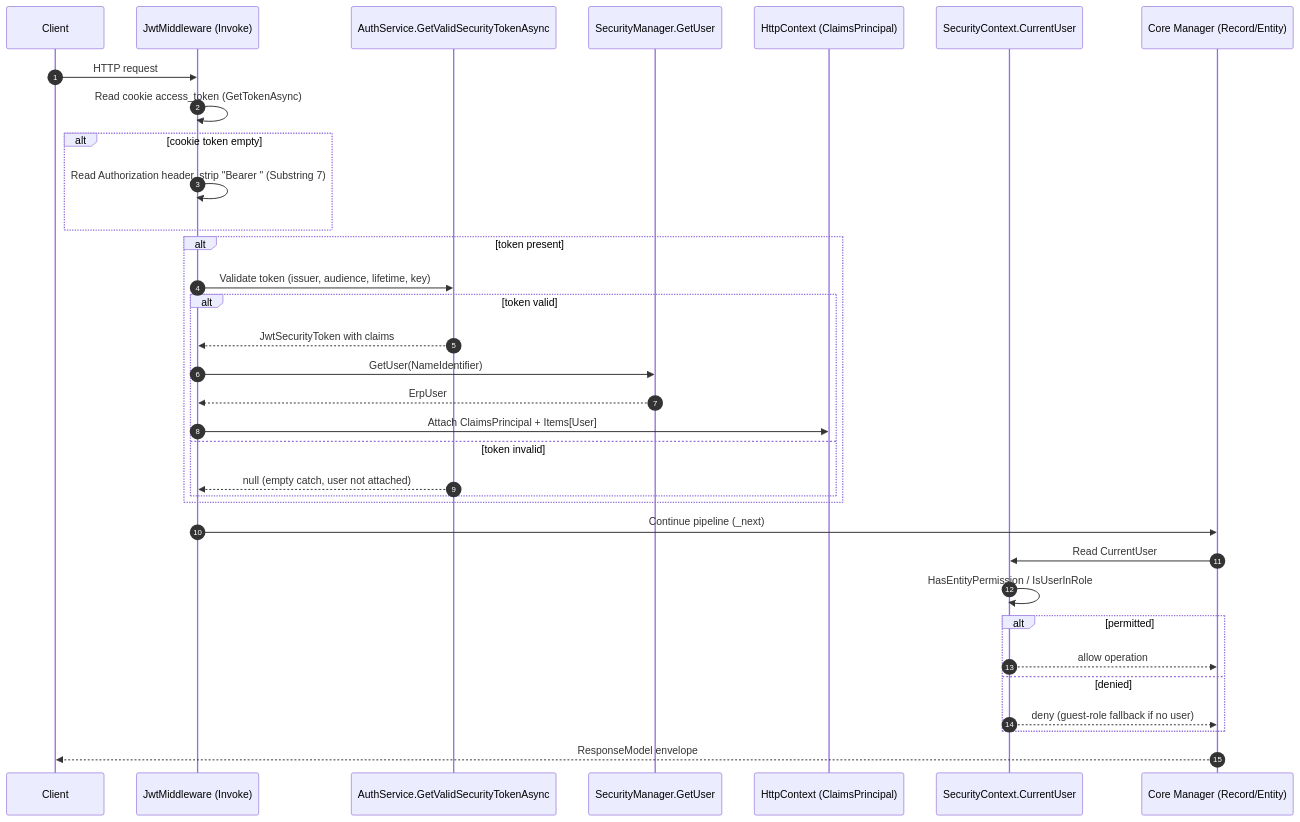
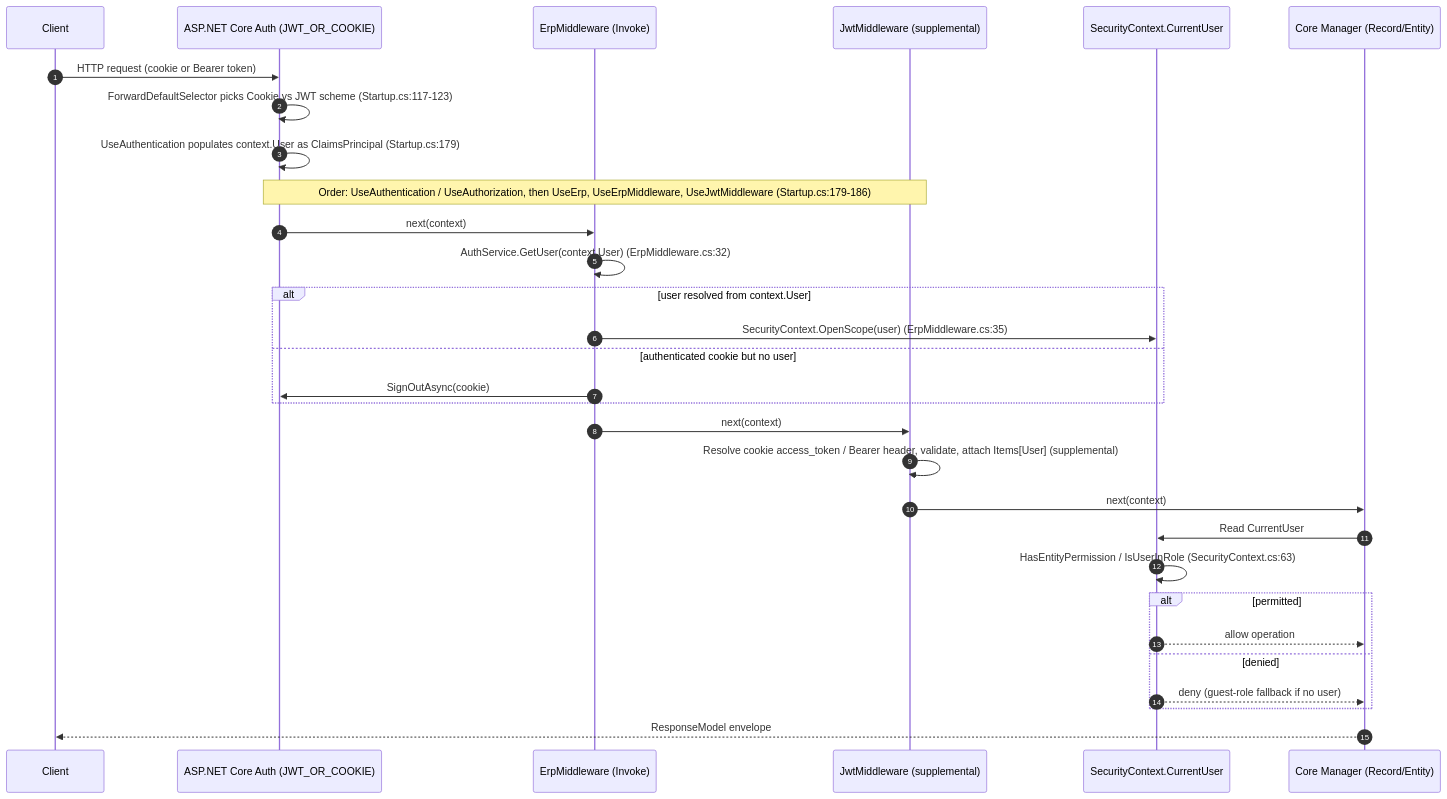
One commit to blitzy-public-samples/blitzy-WebVella-ERP changed the diagram in docs/reverse-engineering/security-quality.md. Above: the diagram before and after it, drawn with Mermaid. The commit also changed other lines of this file and 2 other files, not shown here.

First paragraph of the commit message:
docs(reverse-engineering): address Checkpoint 1 review findings (Tier A)
Resolve all 10 code-review findings in the Tier A synthesis/analysis docs
(README, security-quality, business-rules). Analysis-only; no source changed.

````diff
--- a/docs/reverse-engineering/security-quality.md
+++ b/docs/reverse-engineering/security-quality.md
@@ -114,37 +114,33 @@
 ```mermaid
 sequenceDiagram
     autonumber
     participant Client
-    participant JwtMiddleware as JwtMiddleware (Invoke)
-    participant AuthService as AuthService.GetValidSecurityTokenAsync
-    participant SecurityManager as SecurityManager.GetUser
-    participant HttpContext as HttpContext (ClaimsPrincipal)
-    participant SecurityContext as SecurityContext.CurrentUser
+    participant Auth as ASP.NET Core Auth (JWT_OR_COOKIE)
+    participant ErpMw as ErpMiddleware (Invoke)
+    participant JwtMw as JwtMiddleware (supplemental)
+    participant SecCtx as SecurityContext.CurrentUser
     participant Manager as Core Manager (Record/Entity)
 
-    Client->>JwtMiddleware: HTTP request
-    JwtMiddleware->>JwtMiddleware: Read cookie access_token (GetTokenAsync)
-    alt cookie token empty
-        JwtMiddleware->>JwtMiddleware: Read Authorization header, strip "Bearer " (Substring 7)
+    Client->>Auth: HTTP request (cookie or Bearer token)
+    Auth->>Auth: ForwardDefaultSelector picks Cookie vs JWT scheme (Startup.cs:117-123)
+    Auth->>Auth: UseAuthentication populates context.User as ClaimsPrincipal (Startup.cs:179)
+    Note over Auth,JwtMw: Order: UseAuthentication / UseAuthorization, then UseErp, UseErpMiddleware, UseJwtMiddleware (Startup.cs:179-186)
+    Auth->>ErpMw: next(context)
+    ErpMw->>ErpMw: AuthService.GetUser(context.User) (ErpMiddleware.cs:32)
+    alt user resolved from context.User
+        ErpMw->>SecCtx: SecurityContext.OpenScope(user) (ErpMiddleware.cs:35)
+    else authenticated cookie but no user
+        ErpMw->>Auth: SignOutAsync(cookie)
     end
-    alt token present
-        JwtMiddleware->>AuthService: Validate token (issuer, audience, lifetime, key)
-        alt token valid
-            AuthService-->>JwtMiddleware: JwtSecurityToken with claims
-            JwtMiddleware->>SecurityManager: GetUser(NameIdentifier)
-            SecurityManager-->>JwtMiddleware: ErpUser
-            JwtMiddleware->>HttpContext: Attach ClaimsPrincipal + Items[User]
-        else token invalid
-            AuthService-->>JwtMiddleware: null (empty catch, user not attached)
-        end
-    end
-    JwtMiddleware->>Manager: Continue pipeline (_next)
-    Manager->>SecurityContext: Read CurrentUser
-    SecurityContext->>SecurityContext: HasEntityPermission / IsUserInRole
+    ErpMw->>JwtMw: next(context)
+    JwtMw->>JwtMw: Resolve cookie access_token / Bearer header, validate, attach Items[User] (supplemental)
+    JwtMw->>Manager: next(context)
+    Manager->>SecCtx: Read CurrentUser
+    SecCtx->>SecCtx: HasEntityPermission / IsUserInRole (SecurityContext.cs:63)
     alt permitted
-        SecurityContext-->>Manager: allow operation
+        SecCtx-->>Manager: allow operation
     else denied
-        SecurityContext-->>Manager: deny (guest-role fallback if no user)
+        SecCtx-->>Manager: deny (guest-role fallback if no user)
     end
     Manager-->>Client: ResponseModel envelope
 ```
````
